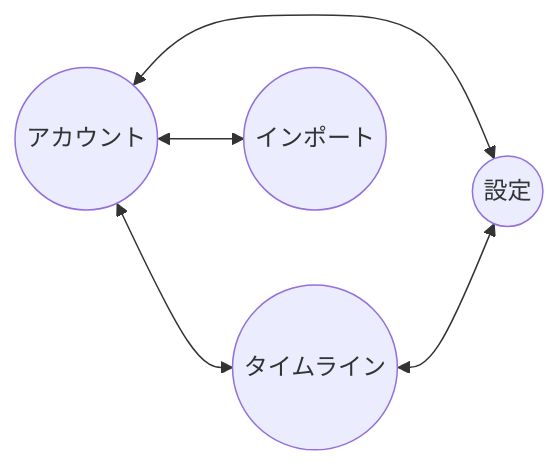
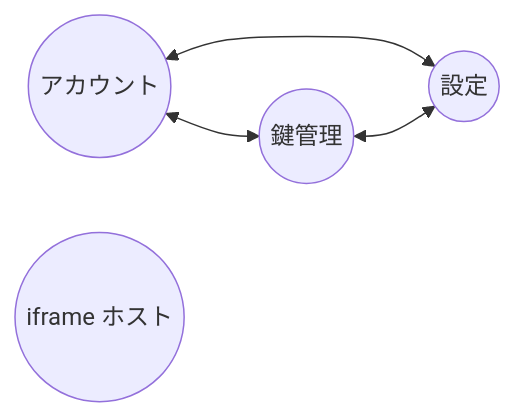
The second of 2 diagrams in examples/svelte-app/svelte-app-design.md (ocknamo/nosskey-sdk), drawn with Mermaid before and after one commit. The commit also changed other lines of this file and 6 other files, not shown here.

````diff
--- a/examples/svelte-app/svelte-app-design.md
+++ b/examples/svelte-app/svelte-app-design.md
@@ -347,7 +281,7 @@
 ```mermaid
 graph LR
-    Account((アカウント)) <--> Timeline((タイムライン))
+    Account((アカウント)) <--> Key((鍵管理))
     Account <--> Settings((設定))
-    Account <--> Import((インポート))
-    Timeline <--> Settings
+    Key <--> Settings
+    Iframe((iframe ホスト))
 ```
````
